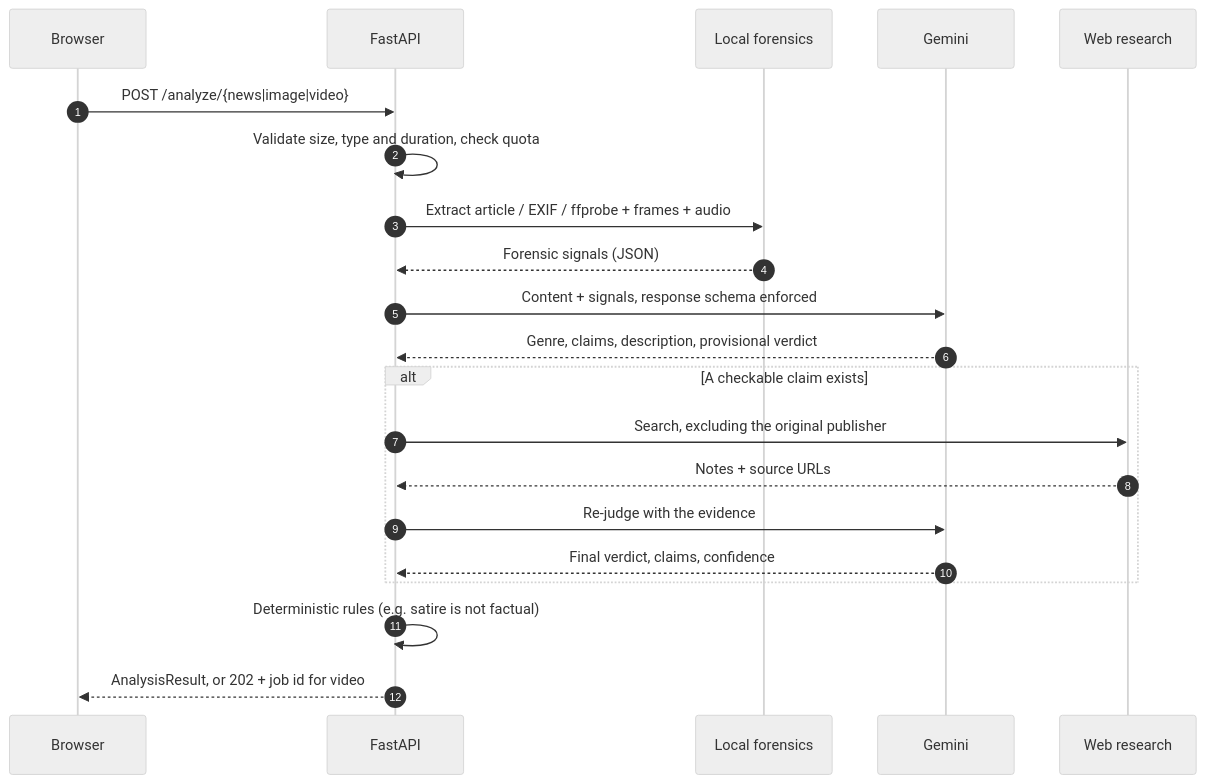
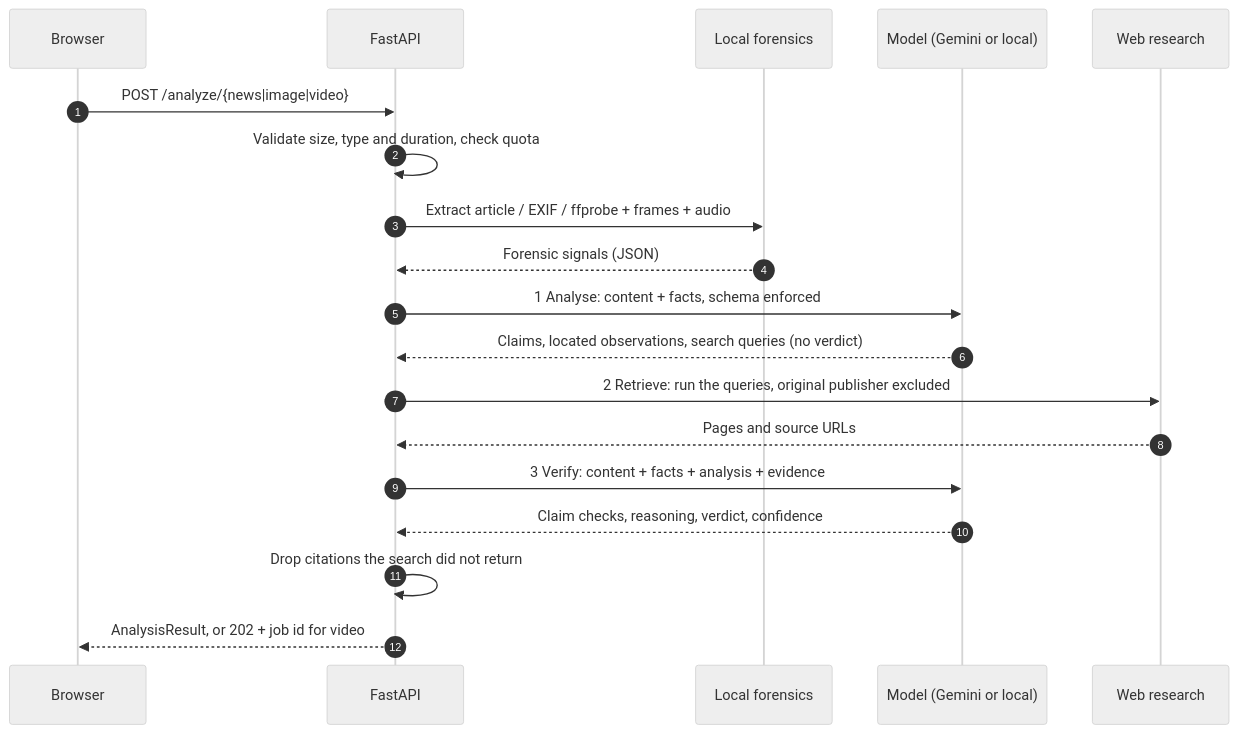
The second of 2 diagrams in README.md (muditagrawal-alt/Deepfake-and-Fake-News-Detector), drawn with Mermaid (neutral theme) before and after one commit. The commit also changed other lines of this file and 32 other files, not shown here.

````diff
--- a/README.md
+++ b/README.md
@@ -80,27 +83,26 @@
 ```mermaid
 sequenceDiagram
   autonumber
   participant U as Browser
   participant A as FastAPI
   participant L as Local forensics
-  participant G as Gemini
+  participant G as Model (Gemini or local)
   participant W as Web research
 
   U->>A: POST /analyze/{news|image|video}
   A->>A: Validate size, type and duration, check quota
   A->>L: Extract article / EXIF / ffprobe + frames + audio
   L-->>A: Forensic signals (JSON)
 
-  A->>G: Content + signals, response schema enforced
-  G-->>A: Genre, claims, description, provisional verdict
+  A->>G: 1 Analyse: content + facts, schema enforced
+  G-->>A: Claims, located observations, search queries (no verdict)
 
-  alt A checkable claim exists
-    A->>W: Search, excluding the original publisher
-    W-->>A: Notes + source URLs
-    A->>G: Re-judge with the evidence
-    G-->>A: Final verdict, claims, confidence
-  end
+  A->>W: 2 Retrieve: run the queries, original publisher excluded
+  W-->>A: Pages and source URLs
 
-  A->>A: Deterministic rules (e.g. satire is not factual)
+  A->>G: 3 Verify: content + facts + analysis + evidence
+  G-->>A: Claim checks, reasoning, verdict, confidence
+
+  A->>A: Drop citations the search did not return
   A-->>U: AnalysisResult, or 202 + job id for video
 ```
````
